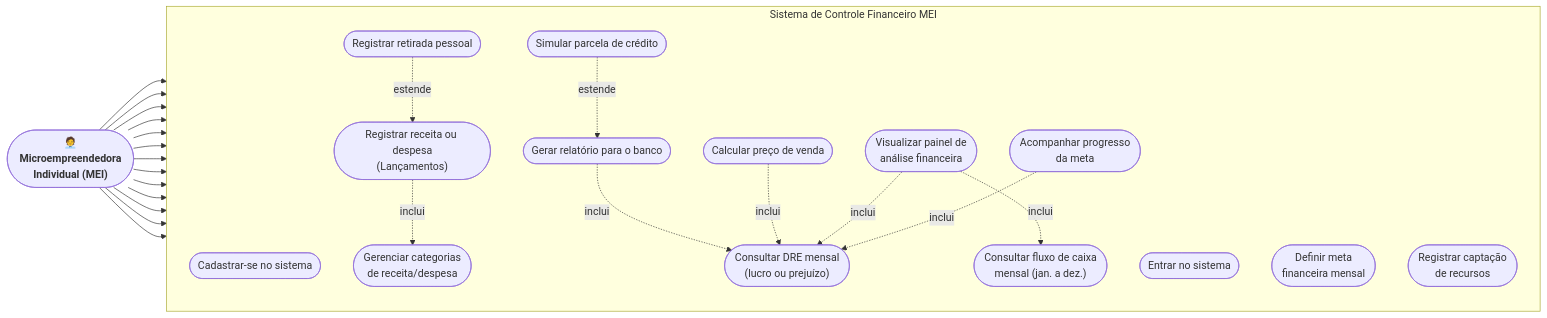
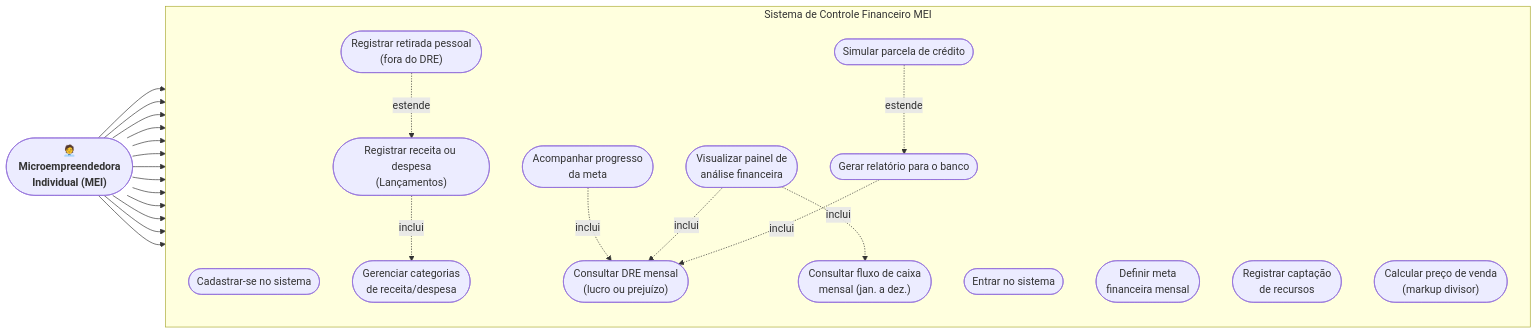
Before and after one commit to profetadiario/GFMEI: the diagram in docs/diagramas/fontes/fig2_casos_de_uso.mmd, drawn with Mermaid. The commit also changed 34 other files, not shown here.

First line of the commit message:
docs: v1.5 final — diagramas finais, documentação técnica, vídeo e checklist de deploy

```diff
--- a/docs/diagramas/fontes/fig2_casos_de_uso.mmd
+++ b/docs/diagramas/fontes/fig2_casos_de_uso.mmd
@@ -1,28 +1,27 @@
 flowchart LR
     A(["🧑‍💼<br/><b>Microempreendedora<br/>Individual (MEI)</b>"])
     subgraph SIS["Sistema de Controle Financeiro MEI"]
         direction TB
         UC1(["Cadastrar-se no sistema"])
         UC2(["Entrar no sistema"])
         UC3(["Gerenciar categorias<br/>de receita/despesa"])
         UC4(["Registrar receita ou despesa<br/>(Lançamentos)"])
-        UC4b(["Registrar retirada pessoal"])
+        UC4b(["Registrar retirada pessoal<br/>(fora do DRE)"])
         UC5(["Definir meta<br/>financeira mensal"])
         UC6(["Acompanhar progresso<br/>da meta"])
         UC7(["Registrar captação<br/>de recursos"])
         UC8(["Visualizar painel de<br/>análise financeira"])
         UC9(["Consultar DRE mensal<br/>(lucro ou prejuízo)"])
         UC10(["Consultar fluxo de caixa<br/>mensal (jan. a dez.)"])
-        UC11(["Calcular preço de venda"])
+        UC11(["Calcular preço de venda<br/>(markup divisor)"])
         UC12(["Gerar relatório para o banco"])
         UC13(["Simular parcela de crédito"])
     end
     A --> UC1 & UC2 & UC3 & UC4 & UC4b & UC5 & UC6 & UC7 & UC8 & UC9 & UC10 & UC11 & UC12
     UC4 -. inclui .-> UC3
     UC4b -. estende .-> UC4
     UC6 -. inclui .-> UC9
     UC8 -. inclui .-> UC9
     UC8 -. inclui .-> UC10
-    UC11 -. inclui .-> UC9
     UC12 -. inclui .-> UC9
     UC13 -. estende .-> UC12
```
